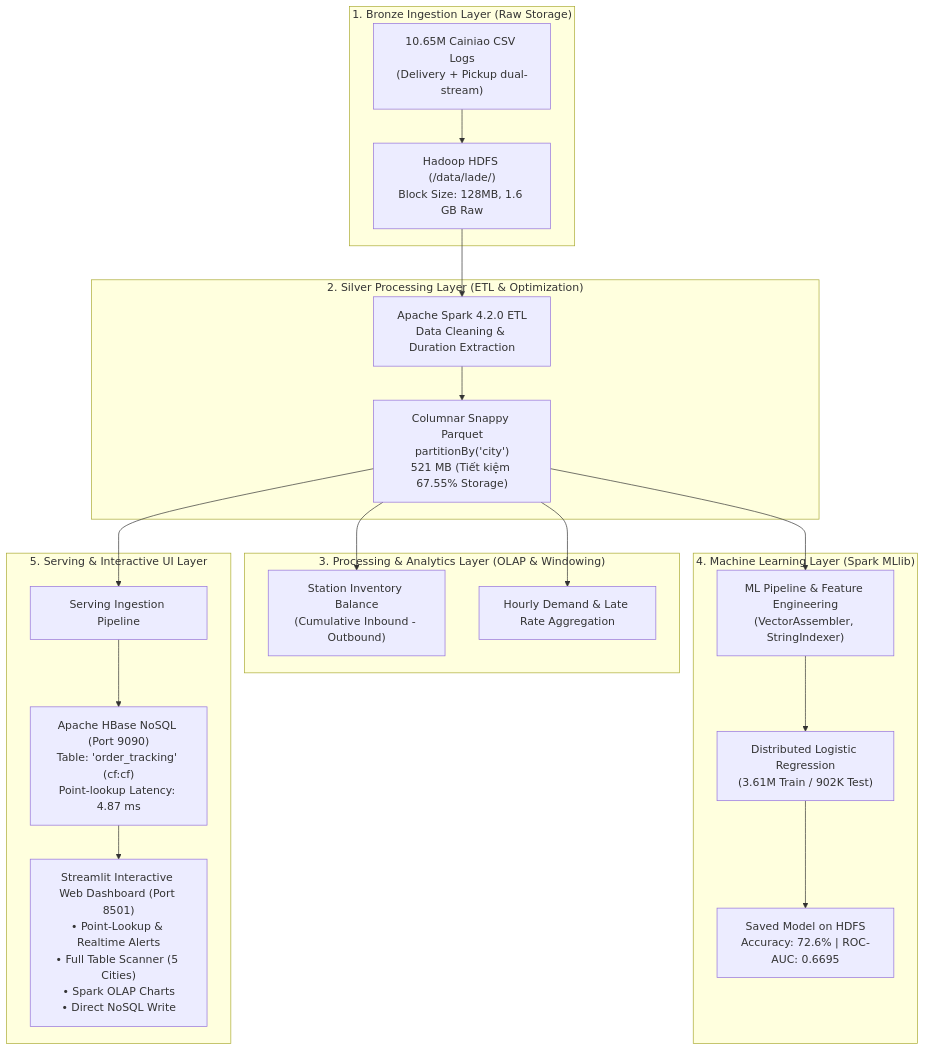
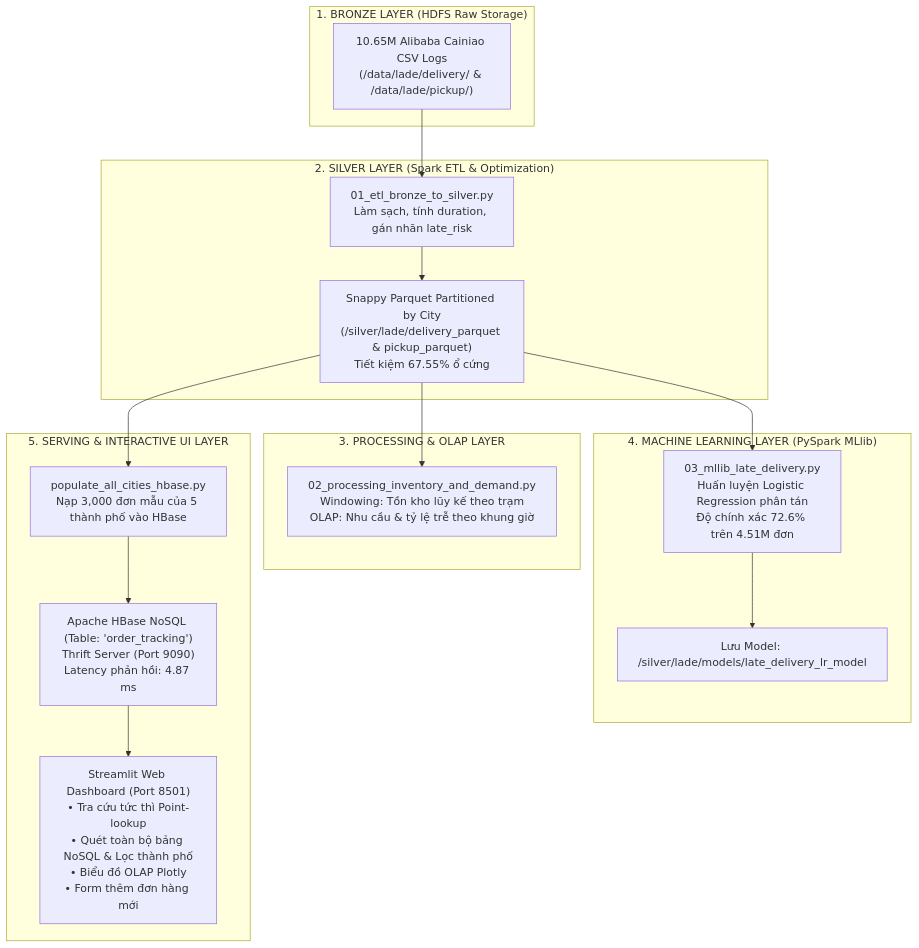
One commit to dongnv-2005/bigdata-supply-lakehouse changed the diagram in README.md. Above: the diagram before and after it, drawn with Mermaid. The commit also changed other lines of this file, not shown here.

Commit message:
docs: comprehensive step-by-step handbook with full commands from scratch

````diff
--- a/README.md
+++ b/README.md
@@ -16,28 +44,26 @@
 ```mermaid
 flowchart TD
-    subgraph S1["1. Bronze Ingestion Layer (Raw Storage)"]
-        CSV["10.65M Cainiao CSV Logs<br/>(Delivery + Pickup dual-stream)"] --> HDFS_B["Hadoop HDFS (/data/lade/)<br/>Block Size: 128MB, 1.6 GB Raw"]
+    subgraph S1["1. BRONZE LAYER (HDFS Raw Storage)"]
+        CSV["10.65M Alibaba Cainiao CSV Logs<br/>(/data/lade/delivery/ & /data/lade/pickup/)"]
     end
 
-    subgraph S2["2. Silver Processing Layer (ETL & Optimization)"]
-        HDFS_B --> SPARK_ETL["Apache Spark 4.2.0 ETL<br/>Data Cleaning & Duration Extraction"]
-        SPARK_ETL --> PARQUET["Columnar Snappy Parquet<br/>partitionBy('city')<br/>521 MB (Tiết kiệm 67.55% Storage)"]
+    subgraph S2["2. SILVER LAYER (Spark ETL & Optimization)"]
+        CSV --> SPARK_ETL["01_etl_bronze_to_silver.py<br/>Làm sạch, tính duration, gán nhãn late_risk"]
+        SPARK_ETL --> PARQUET["Snappy Parquet Partitioned by City<br/>(/silver/lade/delivery_parquet & pickup_parquet)<br/>Tiết kiệm 67.55% ổ cứng"]
     end
 
-    subgraph S3["3. Processing & Analytics Layer (OLAP & Windowing)"]
-        PARQUET --> WIN["Station Inventory Balance<br/>(Cumulative Inbound - Outbound)"]
-        PARQUET --> OLAP["Hourly Demand & Late Rate Aggregation"]
+    subgraph S3["3. PROCESSING & OLAP LAYER"]
+        PARQUET --> WIN["02_processing_inventory_and_demand.py<br/>Windowing: Tồn kho lũy kế theo trạm<br/>OLAP: Nhu cầu & tỷ lệ trễ theo khung giờ"]
     end
 
-    subgraph S4["4. Machine Learning Layer (Spark MLlib)"]
-        PARQUET --> ML_PIPE["ML Pipeline & Feature Engineering<br/>(VectorAssembler, StringIndexer)"]
-        ML_PIPE --> LR["Distributed Logistic Regression<br/>(3.61M Train / 902K Test)"]
-        LR --> ML_MODEL["Saved Model on HDFS<br/>Accuracy: 72.6% | ROC-AUC: 0.6695"]
+    subgraph S4["4. MACHINE LEARNING LAYER (PySpark MLlib)"]
+        PARQUET --> ML["03_mllib_late_delivery.py<br/>Huấn luyện Logistic Regression phân tán<br/>Độ chính xác 72.6% trên 4.51M đơn"]
+        ML --> MODEL_HDFS["Lưu Model: /silver/lade/models/late_delivery_lr_model"]
     end
 
-    subgraph S5["5. Serving & Interactive UI Layer"]
-        PARQUET --> HBASE_INGEST["Serving Ingestion Pipeline"]
-        HBASE_INGEST --> HBASE["Apache HBase NoSQL (Port 9090)<br/>Table: 'order_tracking' (cf:cf)<br/>Point-lookup Latency: 4.87 ms"]
-        HBASE --> UI["Streamlit Interactive Web Dashboard (Port 8501)<br/>• Point-Lookup & Realtime Alerts<br/>• Full Table Scanner (5 Cities)<br/>• Spark OLAP Charts<br/>• Direct NoSQL Write"]
+    subgraph S5["5. SERVING & INTERACTIVE UI LAYER"]
+        PARQUET --> HBASE_POP["populate_all_cities_hbase.py<br/>Nạp 3,000 đơn mẫu của 5 thành phố vào HBase"]
+        HBASE_POP --> HBASE["Apache HBase NoSQL (Table: 'order_tracking')<br/>Thrift Server (Port 9090)<br/>Latency phản hồi: 4.87 ms"]
+        HBASE --> UI["Streamlit Web Dashboard (Port 8501)<br/>• Tra cứu tức thì Point-lookup<br/>• Quét toàn bộ bảng NoSQL & Lọc thành phố<br/>• Biểu đồ OLAP Plotly<br/>• Form thêm đơn hàng mới"]
     end
 ```
````
